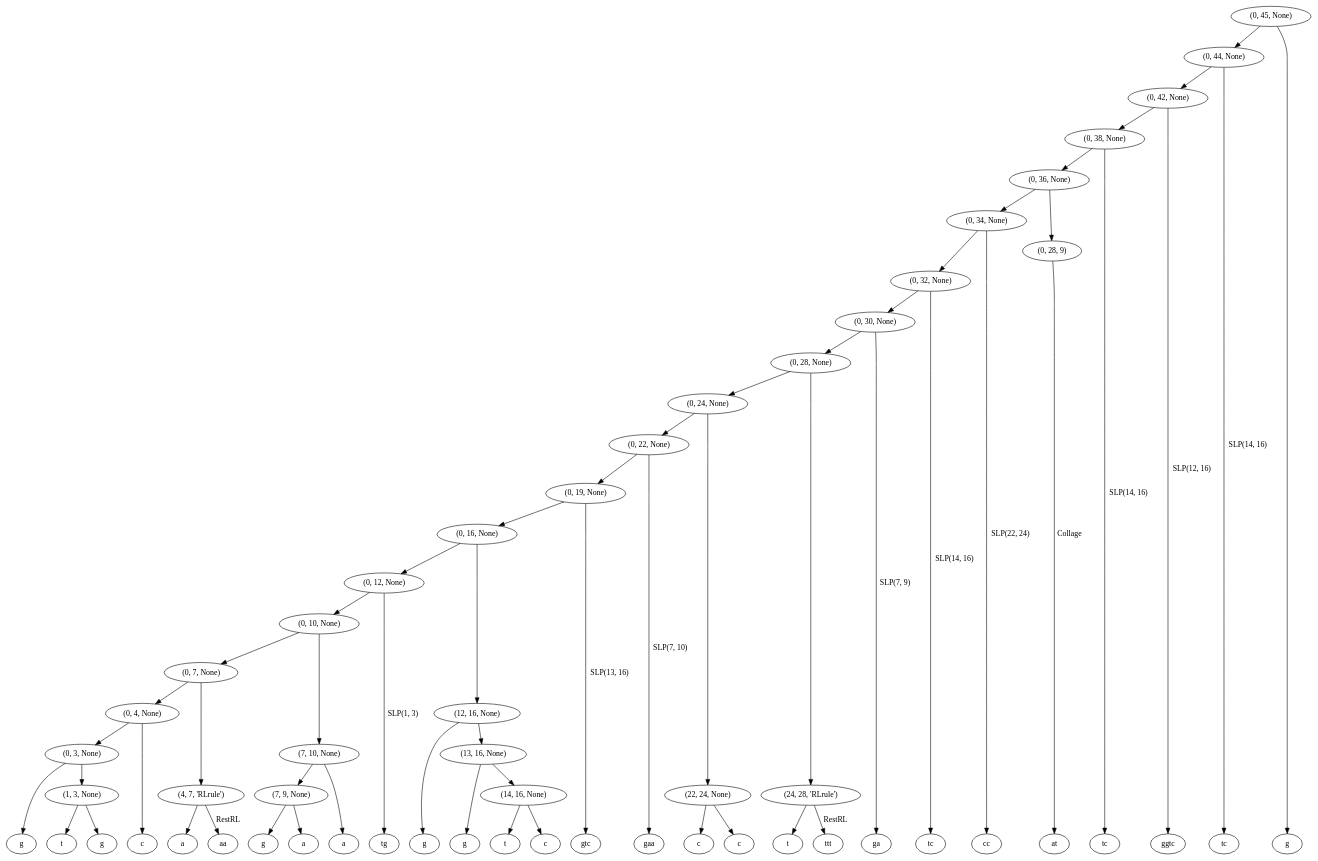
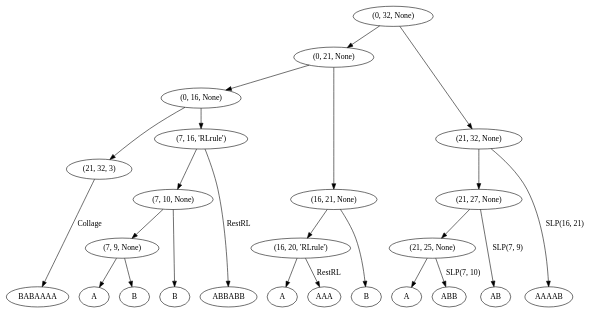
One commit to it9lab/satcomp changed the diagram in dot/cs_json.dot. Above: the diagram before and after it, drawn with Graphviz. The commit also changed 8700 other files, not shown here.

```diff
--- a/dot/cs_json.dot
+++ b/dot/cs_json.dot
@@ -1,87 +1,39 @@
 digraph G {
-  "(0, 1, 103)" [label="g"];
-  "(0, 28, None)" -> "(0, 24, None)";
-  "(0, 28, None)" -> "(24, 28, 'RLrule')";
-  "(0, 45, None)" -> "(0, 44, None)";
-  "(0, 45, None)" -> "(44, 45, 103)";
-  "(0, 30, None)" -> "(0, 28, None)";
-  "(0, 30, None)" -> "(28, 30, 7)" [label="SLP(7, 9)"];
-  "(0, 32, None)" -> "(0, 30, None)";
-  "(0, 32, None)" -> "(30, 32, 14)" [label="SLP(14, 16)"];
-  "(0, 34, None)" -> "(0, 32, None)";
-  "(0, 34, None)" -> "(32, 34, 22)" [label="SLP(22, 24)"];
-  "(0, 36, None)" -> "(0, 34, None)";
-  "(0, 36, None)" -> "(0, 28, 9)";
-  "(0, 28, 9)" -> "0"[label="Collage"];
-  "0" [label="at"];
-  "(0, 38, None)" -> "(0, 36, None)";
-  "(0, 38, None)" -> "(36, 38, 14)" [label="SLP(14, 16)"];
-  "(0, 42, None)" -> "(0, 38, None)";
-  "(0, 42, None)" -> "(38, 42, 12)" [label="SLP(12, 16)"];
-  "(0, 44, None)" -> "(0, 42, None)";
-  "(0, 44, None)" -> "(42, 44, 14)" [label="SLP(14, 16)"];
-  "(0, 3, None)" -> "(0, 1, 103)";
-  "(0, 3, None)" -> "(1, 3, None)";
-  "(0, 4, None)" -> "(0, 3, None)";
-  "(0, 4, None)" -> "(3, 4, 99)";
-  "(0, 7, None)" -> "(0, 4, None)";
-  "(0, 7, None)" -> "(4, 7, 'RLrule')";
-  "(0, 10, None)" -> "(0, 7, None)";
-  "(0, 10, None)" -> "(7, 10, None)";
-  "(0, 12, None)" -> "(0, 10, None)";
-  "(0, 12, None)" -> "(10, 12, 1)" [label="SLP(1, 3)"];
-  "(0, 16, None)" -> "(0, 12, None)";
-  "(0, 16, None)" -> "(12, 16, None)";
-  "(0, 19, None)" -> "(0, 16, None)";
-  "(0, 19, None)" -> "(16, 19, 13)" [label="SLP(13, 16)"];
-  "(0, 22, None)" -> "(0, 19, None)";
-  "(0, 22, None)" -> "(19, 22, 7)" [label="SLP(7, 10)"];
-  "(0, 24, None)" -> "(0, 22, None)";
-  "(0, 24, None)" -> "(22, 24, None)";
-  "(1, 2, 116)" [label="t"];
-  "(1, 3, None)" -> "(1, 2, 116)";
-  "(1, 3, None)" -> "(2, 3, 103)";
-  "(2, 3, 103)" [label="g"];
-  "(3, 4, 99)" [label="c"];
-  "(4, 5, 97)" [label="a"];
-  "(4, 7, 'RLrule')" -> "(4, 5, 97)";
-  "(4, 7, 'RLrule')" -> "(5, 7, 4)" [label="RestRL"];
-  "(5, 7, 4)" [label="aa"];
-  "(7, 8, 103)" [label="g"];
-  "(7, 9, None)" -> "(7, 8, 103)";
-  "(7, 9, None)" -> "(8, 9, 97)";
+  "(0, 32, None)" -> "(0, 21, None)";
+  "(0, 32, None)" -> "(21, 32, None)";
+  "(0, 16, None)" -> "(21, 32, 3)";
+  "(21, 32, 3)" -> "0"[label="Collage"];
+  "0" [label="BABAAAA"];
+  "(0, 16, None)" -> "(7, 16, 'RLrule')";
+  "(0, 21, None)" -> "(0, 16, None)";
+  "(0, 21, None)" -> "(16, 21, None)";
+  "(7, 8, 65)" [label="A"];
+  "(7, 9, None)" -> "(7, 8, 65)";
+  "(7, 9, None)" -> "(8, 9, 66)";
   "(7, 10, None)" -> "(7, 9, None)";
-  "(7, 10, None)" -> "(9, 10, 97)";
-  "(8, 9, 97)" [label="a"];
-  "(9, 10, 97)" [label="a"];
-  "(10, 12, 1)" [label="tg"];
-  "(12, 13, 103)" [label="g"];
-  "(12, 16, None)" -> "(12, 13, 103)";
-  "(12, 16, None)" -> "(13, 16, None)";
-  "(13, 14, 103)" [label="g"];
-  "(13, 16, None)" -> "(13, 14, 103)";
-  "(13, 16, None)" -> "(14, 16, None)";
-  "(14, 15, 116)" [label="t"];
-  "(14, 16, None)" -> "(14, 15, 116)";
-  "(14, 16, None)" -> "(15, 16, 99)";
-  "(15, 16, 99)" [label="c"];
-  "(16, 19, 13)" [label="gtc"];
-  "(19, 22, 7)" [label="gaa"];
-  "(22, 23, 99)" [label="c"];
-  "(22, 24, None)" -> "(22, 23, 99)";
-  "(22, 24, None)" -> "(23, 24, 99)";
-  "(23, 24, 99)" [label="c"];
-  "(24, 25, 116)" [label="t"];
-  "(24, 28, 'RLrule')" -> "(24, 25, 116)";
-  "(24, 28, 'RLrule')" -> "(25, 28, 24)" [label="RestRL"];
-  "(25, 28, 24)" [label="ttt"];
-  "(28, 30, 7)" [label="ga"];
-  "(30, 32, 14)" [label="tc"];
-  "(32, 34, 22)" [label="cc"];
-  "(36, 38, 14)" [label="tc"];
-  "(38, 42, 12)" [label="ggtc"];
-  "(42, 44, 14)" [label="tc"];
-  "(44, 45, 103)" [label="g"];
-  {rank=same; "(0, 1, 103)" "(1, 2, 116)" "(2, 3, 103)" "(3, 4, 99)" "(4, 5, 97)" "(5, 7, 4)" "(7, 8, 103)" "(8, 9, 97)" "(9, 10, 97)" "(10, 12, 1)" "(12, 13, 103)" "(13, 14, 103)" "(14, 15, 116)" "(15, 16, 99)" "(16, 19, 13)" "(19, 22, 7)" "(22, 23, 99)" "(23, 24, 99)" "(24, 25, 116)" "(25, 28, 24)" "(28, 30, 7)" "(30, 32, 14)" "(32, 34, 22)" "0" "(36, 38, 14)" "(38, 42, 12)" "(42, 44, 14)" "(44, 45, 103)" }
+  "(7, 10, None)" -> "(9, 10, 66)";
+  "(7, 16, 'RLrule')" -> "(7, 10, None)";
+  "(7, 16, 'RLrule')" -> "(10, 16, 7)" [label="RestRL"];
+  "(8, 9, 66)" [label="B"];
+  "(9, 10, 66)" [label="B"];
+  "(10, 16, 7)" [label="ABBABB"];
+  "(16, 17, 65)" [label="A"];
+  "(16, 20, 'RLrule')" -> "(16, 17, 65)";
+  "(16, 20, 'RLrule')" -> "(17, 20, 16)" [label="RestRL"];
+  "(16, 21, None)" -> "(16, 20, 'RLrule')";
+  "(16, 21, None)" -> "(20, 21, 66)";
+  "(17, 20, 16)" [label="AAA"];
+  "(20, 21, 66)" [label="B"];
+  "(21, 22, 65)" [label="A"];
+  "(21, 32, None)" -> "(21, 27, None)";
+  "(21, 32, None)" -> "(27, 32, 16)" [label="SLP(16, 21)"];
+  "(21, 25, None)" -> "(21, 22, 65)";
+  "(21, 25, None)" -> "(22, 25, 7)" [label="SLP(7, 10)"];
+  "(21, 27, None)" -> "(21, 25, None)";
+  "(21, 27, None)" -> "(25, 27, 7)" [label="SLP(7, 9)"];
+  "(22, 25, 7)" [label="ABB"];
+  "(25, 27, 7)" [label="AB"];
+  "(27, 32, 16)" [label="AAAAB"];
+  {rank=same; "0" "(7, 8, 65)" "(8, 9, 66)" "(9, 10, 66)" "(10, 16, 7)" "(16, 17, 65)" "(17, 20, 16)" "(20, 21, 66)" "(21, 22, 65)" "(22, 25, 7)" "(25, 27, 7)" "(27, 32, 16)" }
   ordering=out;
 }
```
